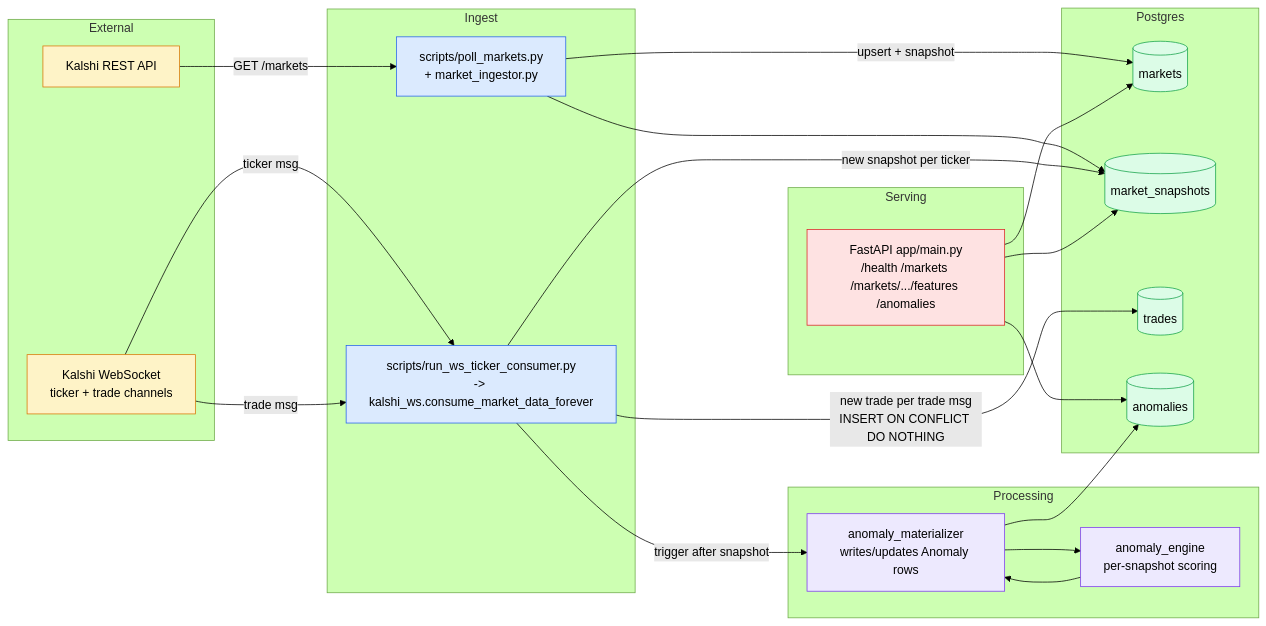
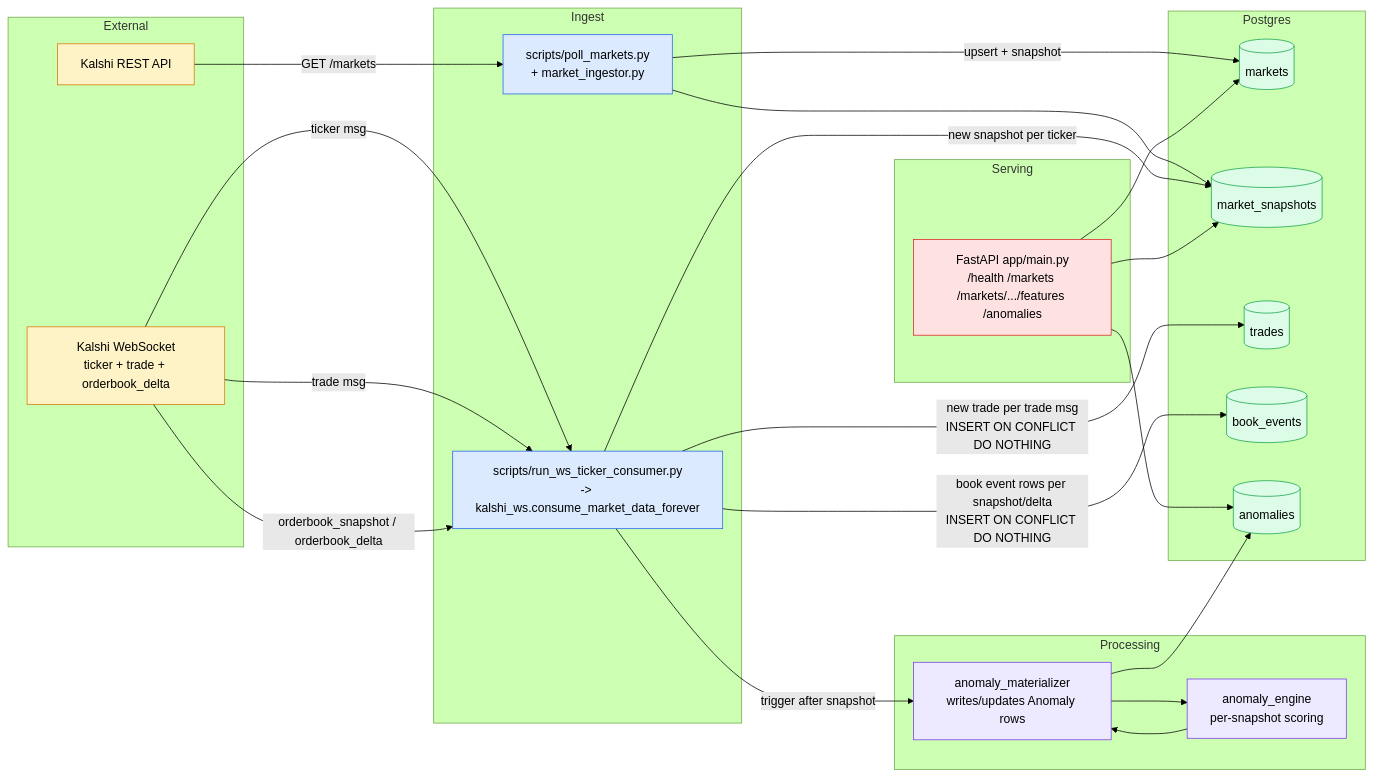
The diagram in README.md (hong-david/predictionmarkets), drawn with Mermaid (forest theme) before and after one commit. The commit also changed 4 other files, not shown here.

First line of the commit message:
Add BookEvent model and update WebSocket handling for orderbook snapshots and deltas

````diff
--- a/README.md
+++ b/README.md
@@ -39,57 +39,60 @@
 ```mermaid
 flowchart LR
     subgraph EXTERNAL[External]
         KREST[Kalshi REST API]
-        KWS[Kalshi WebSocket\nticker + trade channels]
+        KWS[Kalshi WebSocket\nticker + trade + orderbook_delta]
     end
 
     subgraph INGEST[Ingest]
         POLLER[scripts/poll_markets.py\n+ market_ingestor.py]
         WSCONS[scripts/run_ws_ticker_consumer.py\n-> kalshi_ws.consume_market_data_forever]
     end
 
     subgraph DB[Postgres]
         TMARKETS[(markets)]
         TSNAPS[(market_snapshots)]
         TTRADES[(trades)]
+        TBOOK[(book_events)]
         TANOM[(anomalies)]
     end
 
     subgraph PROC[Processing]
         ENGINE[anomaly_engine\nper-snapshot scoring]
         MAT[anomaly_materializer\nwrites/updates Anomaly rows]
     end
 
     subgraph SERVE[Serving]
         API[FastAPI app/main.py\n/health /markets /markets/.../features /anomalies]
     end
 
     KREST -->|GET /markets| POLLER
     KWS -->|ticker msg| WSCONS
     KWS -->|trade msg| WSCONS
+    KWS -->|orderbook_snapshot / orderbook_delta| WSCONS
 
     POLLER -->|upsert + snapshot| TMARKETS
     POLLER --> TSNAPS
     WSCONS -->|new snapshot per ticker| TSNAPS
     WSCONS -->|new trade per trade msg\nINSERT ON CONFLICT DO NOTHING| TTRADES
+    WSCONS -->|book event rows per snapshot/delta\nINSERT ON CONFLICT DO NOTHING| TBOOK
 
     WSCONS -->|trigger after snapshot| MAT
     MAT --> ENGINE
     ENGINE --> MAT
     MAT --> TANOM
 
     API --> TMARKETS
     API --> TSNAPS
     API --> TANOM
 
     classDef ext fill:#fef3c7,stroke:#d97706,color:#000
     classDef ing fill:#dbeafe,stroke:#2563eb,color:#000
     classDef db fill:#dcfce7,stroke:#16a34a,color:#000
     classDef proc fill:#ede9fe,stroke:#7c3aed,color:#000
     classDef api fill:#fee2e2,stroke:#dc2626,color:#000
     class KREST,KWS ext
     class POLLER,WSCONS ing
-    class TMARKETS,TSNAPS,TTRADES,TANOM db
+    class TMARKETS,TSNAPS,TTRADES,TBOOK,TANOM db
     class ENGINE,MAT proc
     class API api
 ```
````
